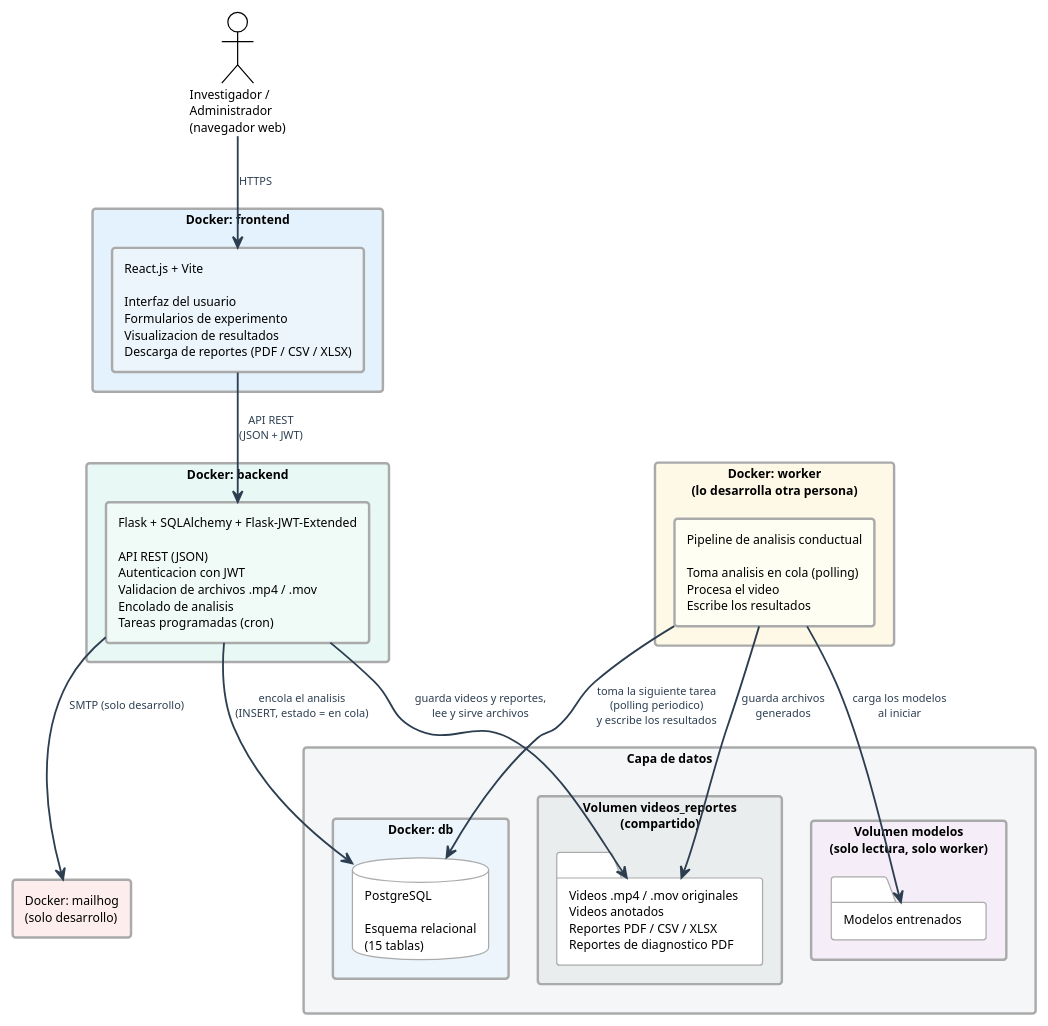
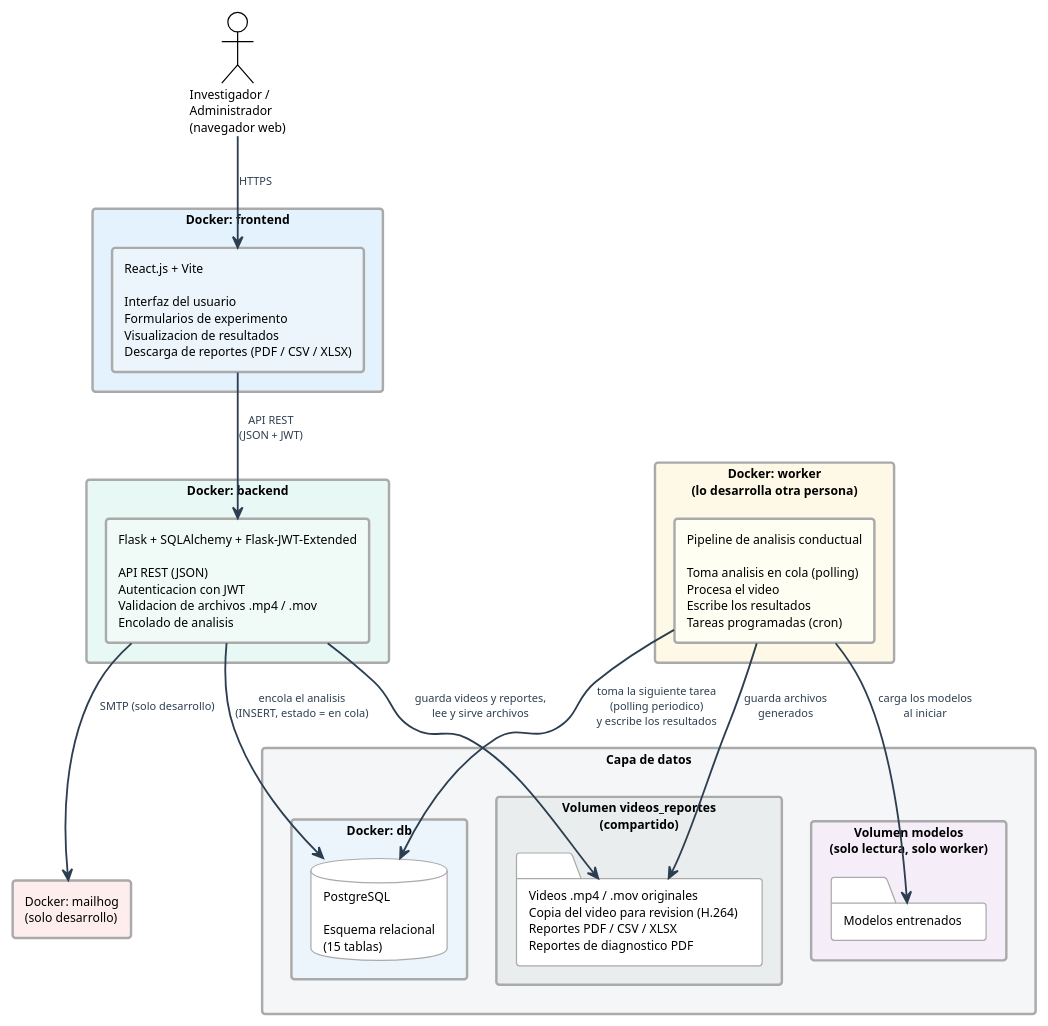
Before and after one commit to ErickJester/fst-ai-system-latex: the ninth of 38 diagrams in INSTRUCCIONES-WEB.md, drawn with PlantUML. The commit also changed other lines of this file and 30 other files, not shown here.

````diff
--- a/INSTRUCCIONES-WEB.md
+++ b/INSTRUCCIONES-WEB.md
@@ -978,56 +1041,56 @@
 ```plantuml
 @startuml arquitectura_software
 !theme plain
 skinparam defaultFontName Arial
 skinparam defaultFontSize 10
 skinparam shadowing false
 skinparam BackgroundColor White
 skinparam ArrowColor      #2C3E50
 skinparam ArrowThickness  1.5
 skinparam ArrowFontSize   9
 skinparam ArrowFontColor  #2C3E50
 skinparam RectangleBorderThickness 2
 skinparam RectangleBorderColor     #AAAAAA
 skinparam DatabaseBorderColor      #AAAAAA
 skinparam FolderBorderColor        #AAAAAA
 
 top to bottom direction
 
 actor "Investigador /\nAdministrador\n(navegador web)" as INV
 
 rectangle "Docker: frontend" as C_FE #E3F2FD {
   rectangle "React.js + Vite\n\nInterfaz del usuario\nFormularios de experimento\nVisualizacion de resultados\nDescarga de reportes (PDF / CSV / XLSX)" as FE #EBF5FB
 }
 
 rectangle "Docker: backend" as C_BE #E8F8F5 {
-  rectangle "Flask + SQLAlchemy + Flask-JWT-Extended\n\nAPI REST (JSON)\nAutenticacion con JWT\nValidacion de archivos .mp4 / .mov\nEncolado de analisis\nTareas programadas (cron)" as BE #F0FBF8
+  rectangle "Flask + SQLAlchemy + Flask-JWT-Extended\n\nAPI REST (JSON)\nAutenticacion con JWT\nValidacion de archivos .mp4 / .mov\nEncolado de analisis" as BE #F0FBF8
 }
 
 rectangle "Docker: worker\n(lo desarrolla otra persona)" as C_WK #FEF9E7 {
-  rectangle "Pipeline de analisis conductual\n\nToma analisis en cola (polling)\nProcesa el video\nEscribe los resultados" as WK #FFFEF2
+  rectangle "Pipeline de analisis conductual\n\nToma analisis en cola (polling)\nProcesa el video\nEscribe los resultados\nTareas programadas (cron)" as WK #FFFEF2
 }
 
 rectangle "Capa de datos" as DATOS #F4F6F7 {
   rectangle "Docker: db" as C_DB #EBF5FB {
     database "PostgreSQL\n\nEsquema relacional\n(15 tablas)" as DB
   }
   rectangle "Volumen videos_reportes\n(compartido)" as C_FS #EAEDED {
-    folder "Videos .mp4 / .mov originales\nVideos anotados\nReportes PDF / CSV / XLSX\nReportes de diagnostico PDF" as FS
+    folder "Videos .mp4 / .mov originales\nCopia del video para revision (H.264)\nReportes PDF / CSV / XLSX\nReportes de diagnostico PDF" as FS
   }
   rectangle "Volumen modelos\n(solo lectura, solo worker)" as C_MD #F5EEF8 {
     folder "Modelos entrenados" as MD
   }
 }
 
 rectangle "Docker: mailhog\n(solo desarrollo)" as C_ML #FDEDEC
 
 INV  -down->  FE  : "HTTPS"
 FE   -down->  BE  : "API REST\n(JSON + JWT)"
 BE   -down->  DB  : "encola el analisis\n(INSERT, estado = en cola)"
 WK   -->      DB  : "toma la siguiente tarea\n(polling periodico)\ny escribe los resultados"
 WK   -->      FS  : "guarda archivos\ngenerados"
 BE   -->      FS  : "guarda videos y reportes,\nlee y sirve archivos"
 WK   -->      MD  : "carga los modelos\nal iniciar"
 BE   -->      C_ML : "SMTP (solo desarrollo)"
 @enduml
 ```
````
